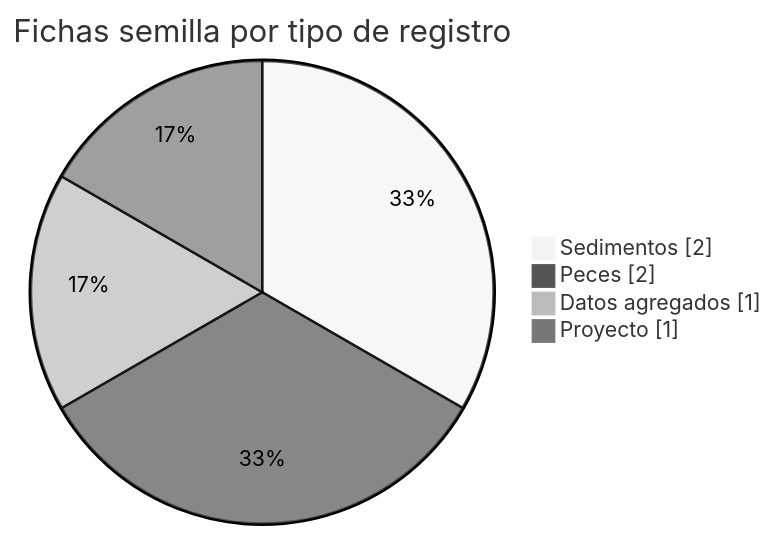
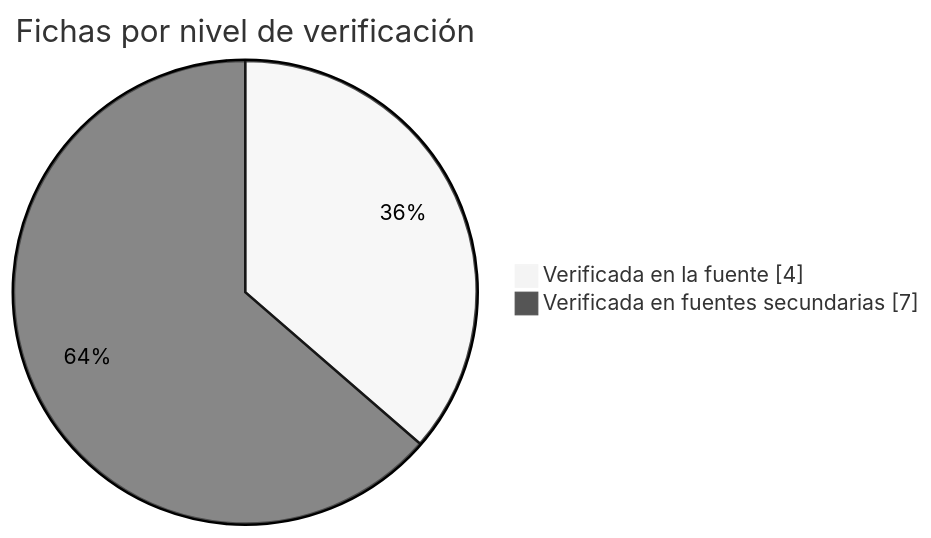
Before and after one commit to Quri-Nawi/Quri-Nawi: the second of 4 diagrams in README.md, drawn with Mermaid (neutral theme). The commit also changed other lines of this file and 41 other files, not shown here.

````diff
--- a/README.md
+++ b/README.md
@@ -126,8 +137,6 @@
 ```mermaid
 pie showData
-    title Fichas semilla por tipo de registro
-    "Sedimentos" : 2
-    "Peces" : 2
-    "Datos agregados" : 1
-    "Proyecto" : 1
+    title Fichas por nivel de verificación
+    "Verificada en la fuente" : 4
+    "Verificada en fuentes secundarias" : 7
 ```
````
